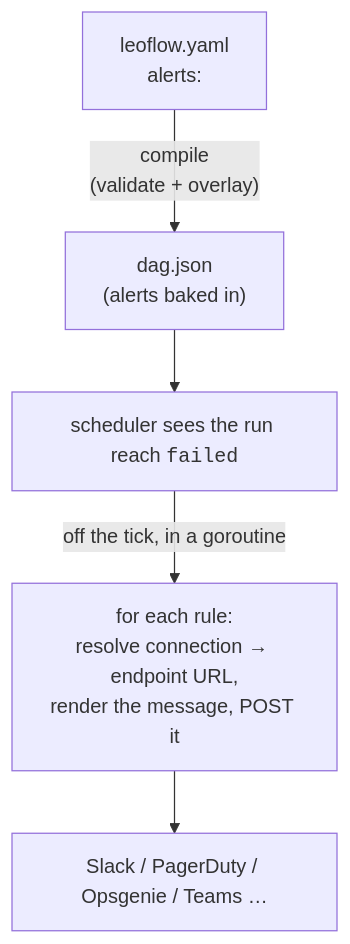
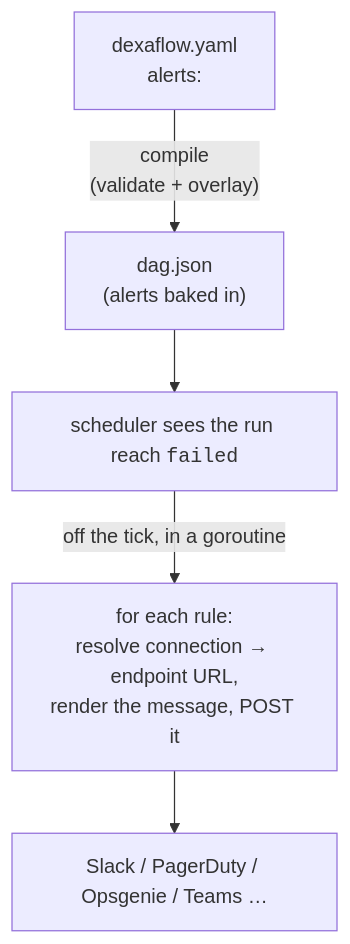
Before and after one commit to dexadata/dexaflow: the diagram in website/content/author-dags/alerting.md, drawn with Mermaid. The commit also changed other lines of this file and 181 other files, not shown here.

Commit message:
docs: document dexaflow.yaml, DEXAFLOW_ and ~/.dexaflow, and bind both env prefixes in the loaders

````diff
--- a/website/content/author-dags/alerting.md
+++ b/website/content/author-dags/alerting.md
@@ -37,7 +37,7 @@
 ```mermaid
 flowchart TB
-  A["leoflow.yaml<br/>alerts:"] -->|"compile<br/>(validate + overlay)"| B["dag.json<br/>(alerts baked in)"]
+  A["dexaflow.yaml<br/>alerts:"] -->|"compile<br/>(validate + overlay)"| B["dag.json<br/>(alerts baked in)"]
   B --> C["scheduler sees the run reach <code>failed</code>"]
   C -->|"off the tick, in a goroutine"| D["for each rule:<br/>resolve connection → endpoint URL,<br/>render the message, POST it"]
   D --> E["Slack / PagerDuty / Opsgenie / Teams …"]
 ```
````
